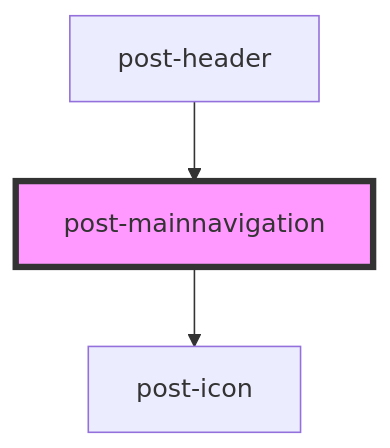
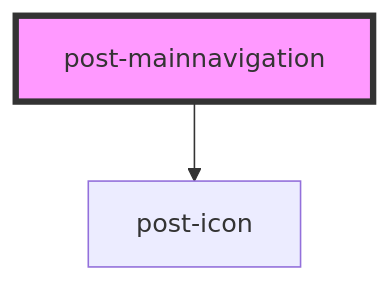
The diagram in packages/components/src/components/post-mainnavigation/readme.md (swisspost/design-system), drawn with Mermaid before and after one commit. The commit also changed other lines of this file and 7 other files, not shown here.

````diff
--- a/packages/components/src/components/post-mainnavigation/readme.md
+++ b/packages/components/src/components/post-mainnavigation/readme.md
@@ -26,6 +22,5 @@
 ```mermaid
 graph TD;
   post-mainnavigation --> post-icon
-  post-header --> post-mainnavigation
   style post-mainnavigation fill:#f9f,stroke:#333,stroke-width:4px
 ```
````
